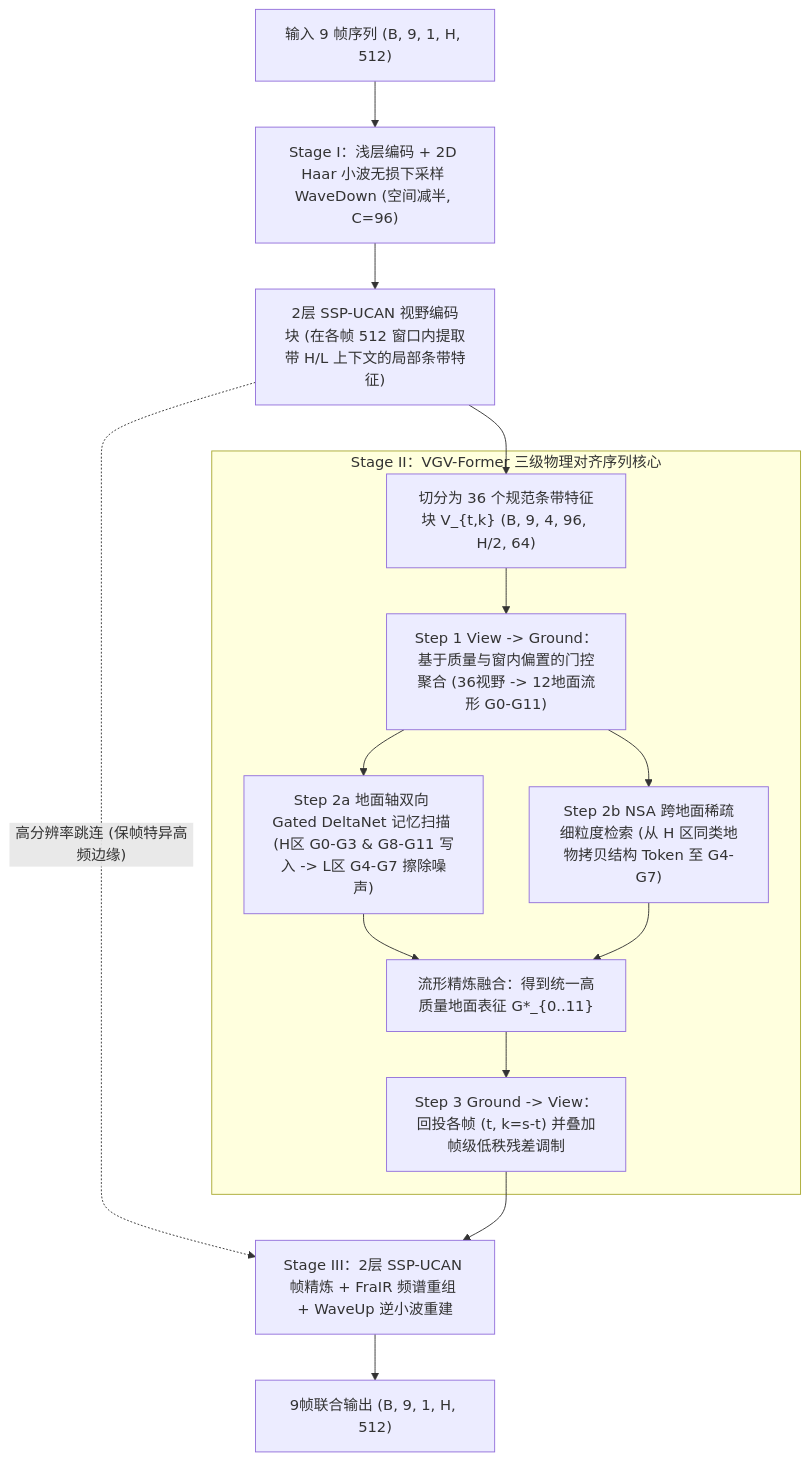
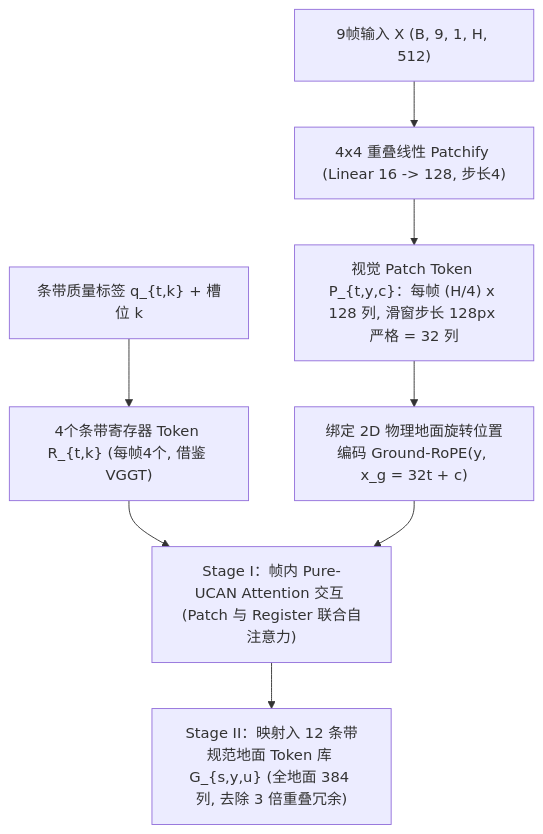
Before and after one commit to deathend110/SAR_Sequence_Restore: the second of 5 diagrams in docs/架构设计B_从基础UCAN与序列恢复重构.md, drawn with Mermaid. The commit also changed other lines of this file, not shown here.

Commit message:
按纯净Transformer血统重构方案B设计文档（GGT-UCAN）

````diff
--- a/docs/架构设计B_从基础UCAN与序列恢复重构.md
+++ b/docs/架构设计B_从基础UCAN与序列恢复重构.md
@@ -41,19 +41,10 @@
 ```mermaid
 flowchart TD
-    X["输入 9 帧序列 (B, 9, 1, H, 512)"] --> WE["Stage I：浅层编码 + 2D Haar 小波无损下采样 WaveDown (空间减半, C=96)"]
-    WE --> VENC["2层 SSP-UCAN 视野编码块 (在各帧 512 窗口内提取带 H/L 上下文的局部条带特征)"]
-    VENC --> STRIPS["切分为 36 个规范条带特征块 V_{t,k} (B, 9, 4, 96, H/2, 64)"]
-
-    subgraph ST2["Stage II：VGV-Former 三级物理对齐序列核心"]
-        STRIPS --> V2G["Step 1 View -> Ground：基于质量与窗内偏置的门控聚合 (36视野 -> 12地面流形 G0-G11)"]
-        V2G --> GDN["Step 2a 地面轴双向 Gated DeltaNet 记忆扫描 (H区 G0-G3 & G8-G11 写入 -> L区 G4-G7 擦除噪声)"]
-        V2G --> NSA["Step 2b NSA 跨地面稀疏细粒度检索 (从 H 区同类地物拷贝结构 Token 至 G4-G7)"]
-        GDN --> GFUSE["流形精炼融合：得到统一高质量地面表征 G*_{0..11}"]
-        NSA --> GFUSE
-        GFUSE --> G2V["Step 3 Ground -> View：回投各帧 (t, k=s-t) 并叠加帧级低秩残差调制"]
-    end
-
-    VENC -.->|"高分辨率跳连 (保帧特异高频边缘)"| DEC
-    G2V --> DEC["Stage III：2层 SSP-UCAN 帧精炼 + FraIR 频谱重组 + WaveUp 逆小波重建"]
-    DEC --> OUT["9帧联合输出 (B, 9, 1, H, 512)"]
+    IMG["9帧输入 X (B, 9, 1, H, 512)"] --> PATCH["4x4 重叠线性 Patchify (Linear 16 -> 128, 步长4)"]
+    PATCH --> PTOK["视觉 Patch Token P_{t,y,c}：每帧 (H/4) x 128 列, 滑窗步长 128px 严格 = 32 列"]
+    META["条带质量标签 q_{t,k} + 槽位 k"] --> RTOK["4个条带寄存器 Token R_{t,k} (每帧4个, 借鉴 VGGT)"]
+    PTOK --> GROPE["绑定 2D 物理地面旋转位置编码 Ground-RoPE(y, x_g = 32t + c)"]
+    RTOK --> ENC["Stage I：帧内 Pure-UCAN Attention 交互 (Patch 与 Register 联合自注意力)"]
+    GROPE --> ENC
+    ENC --> GLAT["Stage II：映射入 12 条带规范地面 Token 库 G_{s,y,u} (全地面 384 列, 去除 3 倍重叠冗余)"]
 ```
````
